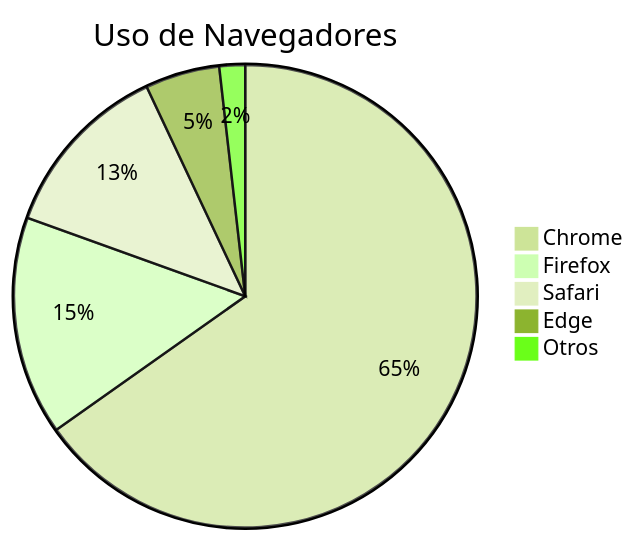
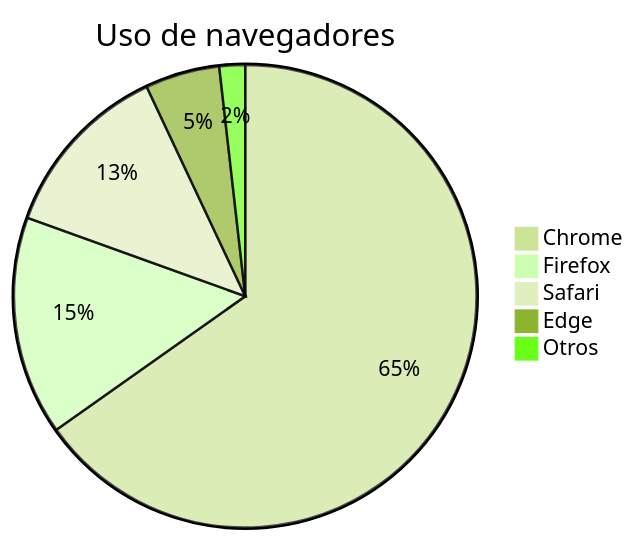
One commit to zccz14/CZON changed the sixth of 7 diagrams in .czon/src/es-MX/8938d6aac9c056c06137a041b8e82379bfb619bb6d435b9ecec515337dd0cd69.md. Above: the diagram before and after it, drawn with Mermaid (forest theme). The commit also changed other lines of this file and 148 other files, not shown here.

````diff
--- a/.czon/src/es-MX/8938d6aac9c056c06137a041b8e82379bfb619bb6d435b9ecec515337dd0cd69.md
+++ b/.czon/src/es-MX/8938d6aac9c056c06137a041b8e82379bfb619bb6d435b9ecec515337dd0cd69.md
@@ -103,8 +102,8 @@
 ```mermaid
-pie title Uso de Navegadores
+pie title Uso de navegadores
     "Chrome" : 65.2
     "Firefox" : 15.3
     "Safari" : 12.5
     "Edge" : 5.2
     "Otros" : 1.8
 ```
````
